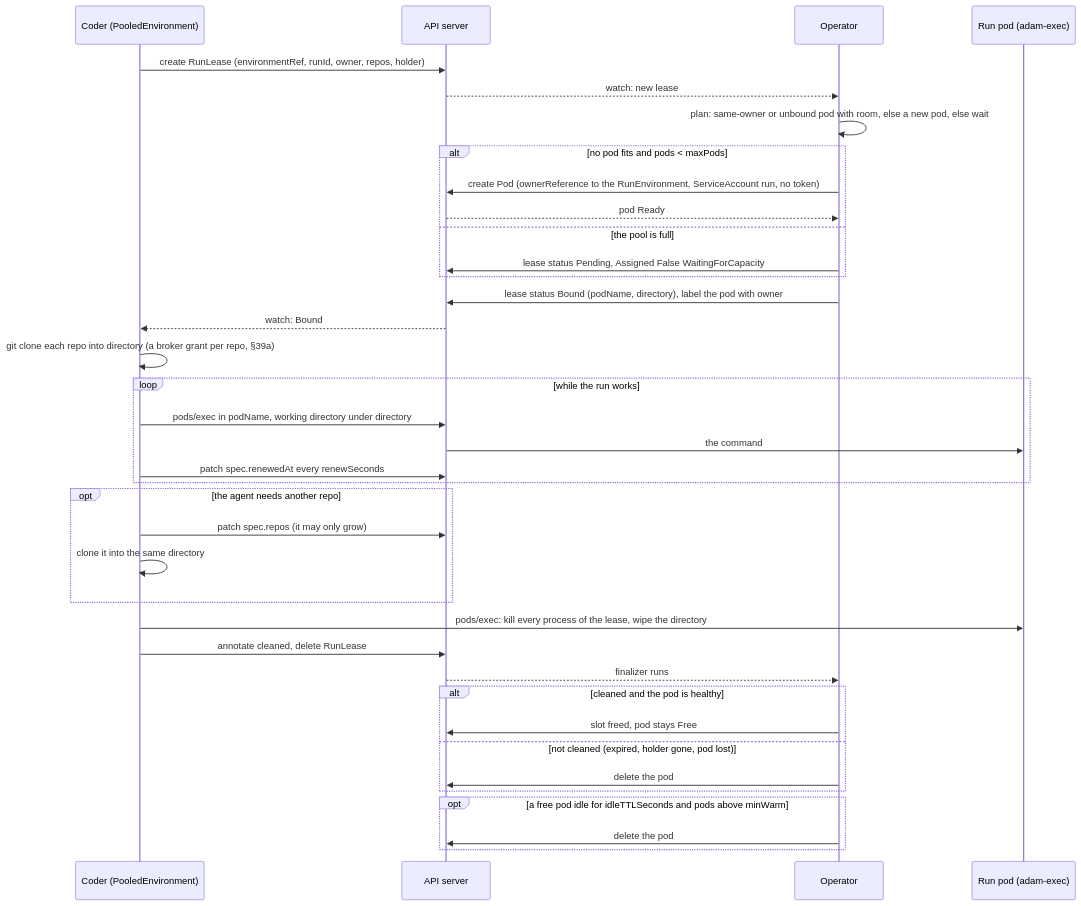
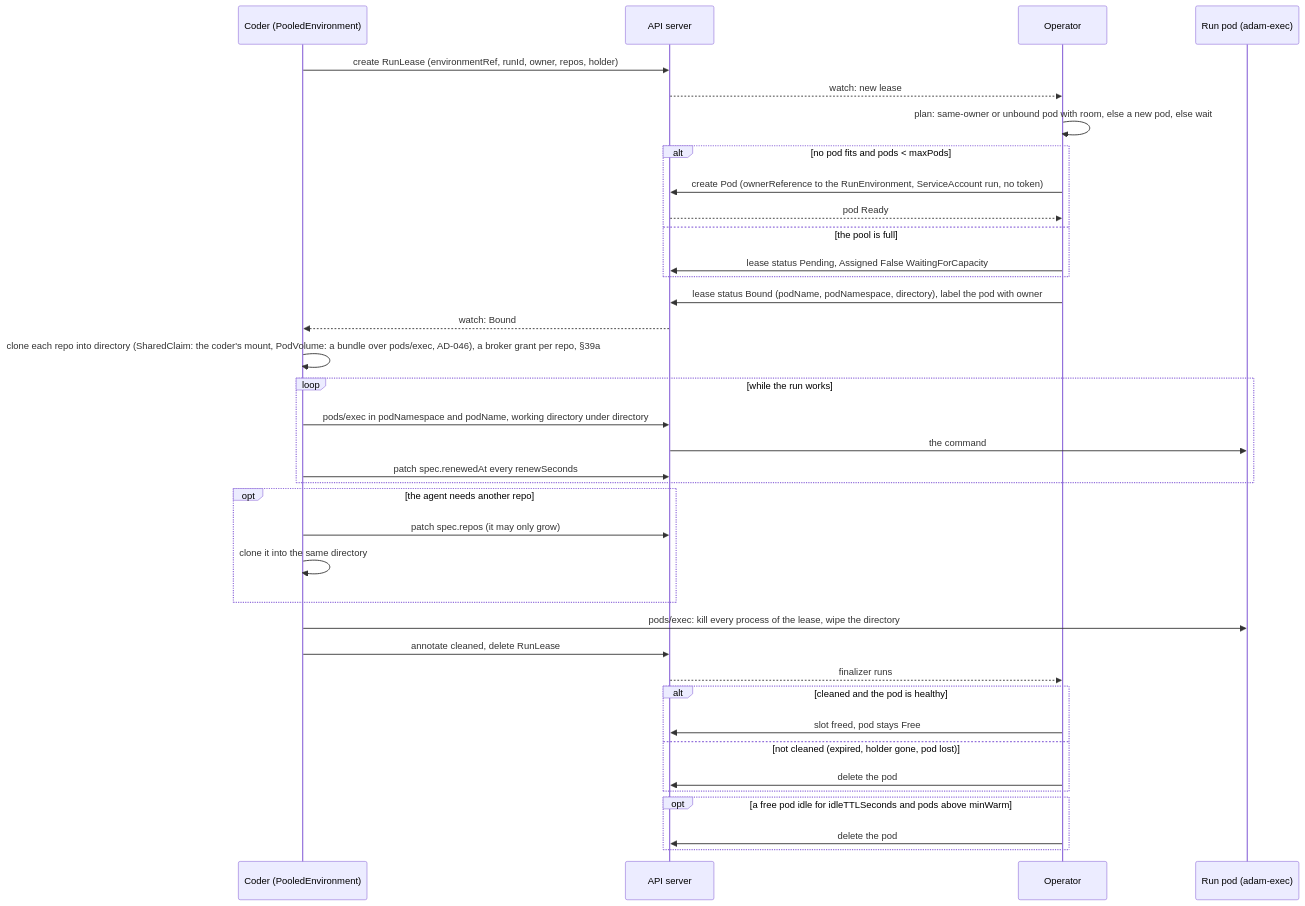
Before and after one commit to vymalo/another-agentic-platform: the fourth of 15 diagrams in docs/architecture/10-control-plane-and-crds.md, drawn with Mermaid. The commit also changed other lines of this file and 2 other files, not shown here.

First line of the commit message:
docs(architecture): the owner's run-pool decisions (AD-046..AD-048)

````diff
--- a/docs/architecture/10-control-plane-and-crds.md
+++ b/docs/architecture/10-control-plane-and-crds.md
@@ -870,40 +879,40 @@
 ```mermaid
 sequenceDiagram
     participant C as Coder (PooledEnvironment)
     participant A as API server
     participant O as Operator
     participant P as Run pod (adam-exec)
 
     C->>A: create RunLease (environmentRef, runId, owner, repos, holder)
     A-->>O: watch: new lease
     O->>O: plan: same-owner or unbound pod with room, else a new pod, else wait
     alt no pod fits and pods < maxPods
         O->>A: create Pod (ownerReference to the RunEnvironment, ServiceAccount run, no token)
         A-->>O: pod Ready
     else the pool is full
         O->>A: lease status Pending, Assigned False WaitingForCapacity
     end
-    O->>A: lease status Bound (podName, directory), label the pod with owner
+    O->>A: lease status Bound (podName, podNamespace, directory), label the pod with owner
     A-->>C: watch: Bound
-    C->>C: git clone each repo into directory (a broker grant per repo, §39a)
+    C->>C: clone each repo into directory (SharedClaim: the coder's mount, PodVolume: a bundle over pods/exec, AD-046), a broker grant per repo, §39a
     loop while the run works
-        C->>A: pods/exec in podName, working directory under directory
+        C->>A: pods/exec in podNamespace and podName, working directory under directory
         A->>P: the command
         C->>A: patch spec.renewedAt every renewSeconds
     end
     opt the agent needs another repo
         C->>A: patch spec.repos (it may only grow)
         C->>C: clone it into the same directory
     end
     C->>P: pods/exec: kill every process of the lease, wipe the directory
     C->>A: annotate cleaned, delete RunLease
     A-->>O: finalizer runs
     alt cleaned and the pod is healthy
         O->>A: slot freed, pod stays Free
     else not cleaned (expired, holder gone, pod lost)
         O->>A: delete the pod
     end
     opt a free pod idle for idleTTLSeconds and pods above minWarm
         O->>A: delete the pod
     end
 ```
````
